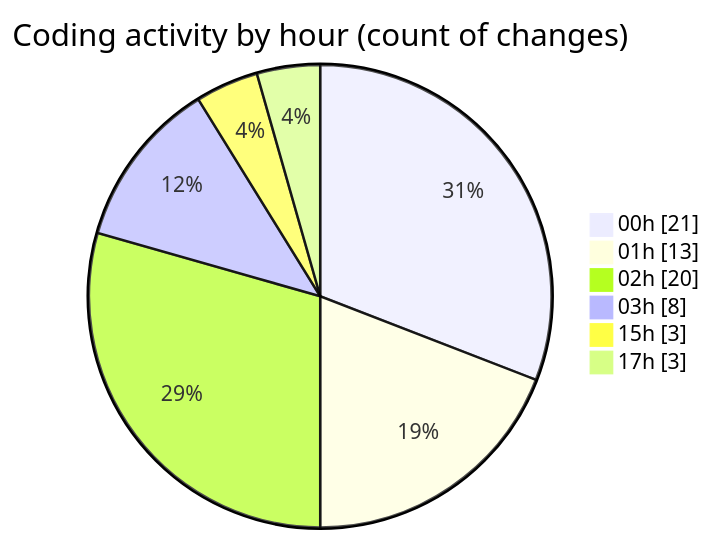
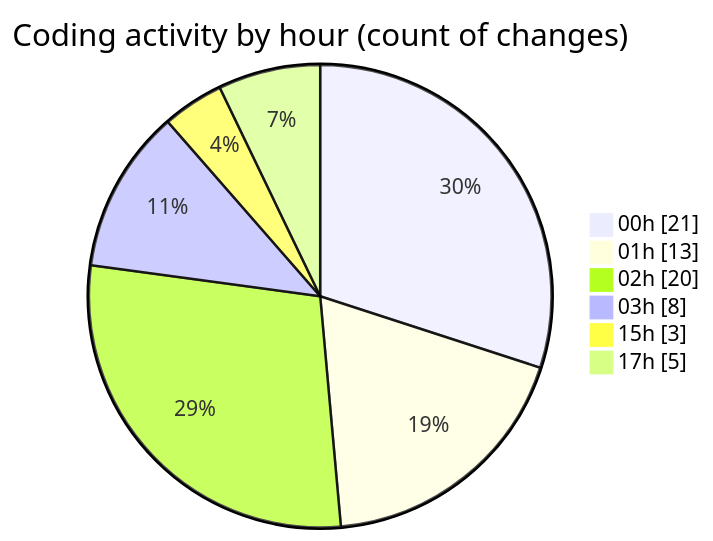
Before and after one commit to Ritupan-Deka/code-tracking: the second of 2 diagrams in 2025-06-22/___base/README.md, drawn with Mermaid. The commit also changed other lines of this file and 1 other file, not shown here.

````diff
--- a/2025-06-22/___base/README.md
+++ b/2025-06-22/___base/README.md
@@ -32,10 +35,10 @@
 ```mermaid
 pie showData
 title Coding activity by hour (count of changes)
 "00h" : 21
 "01h" : 13
 "02h" : 20
 "03h" : 8
 "15h" : 3
-"17h" : 3
+"17h" : 5
 ```
````
